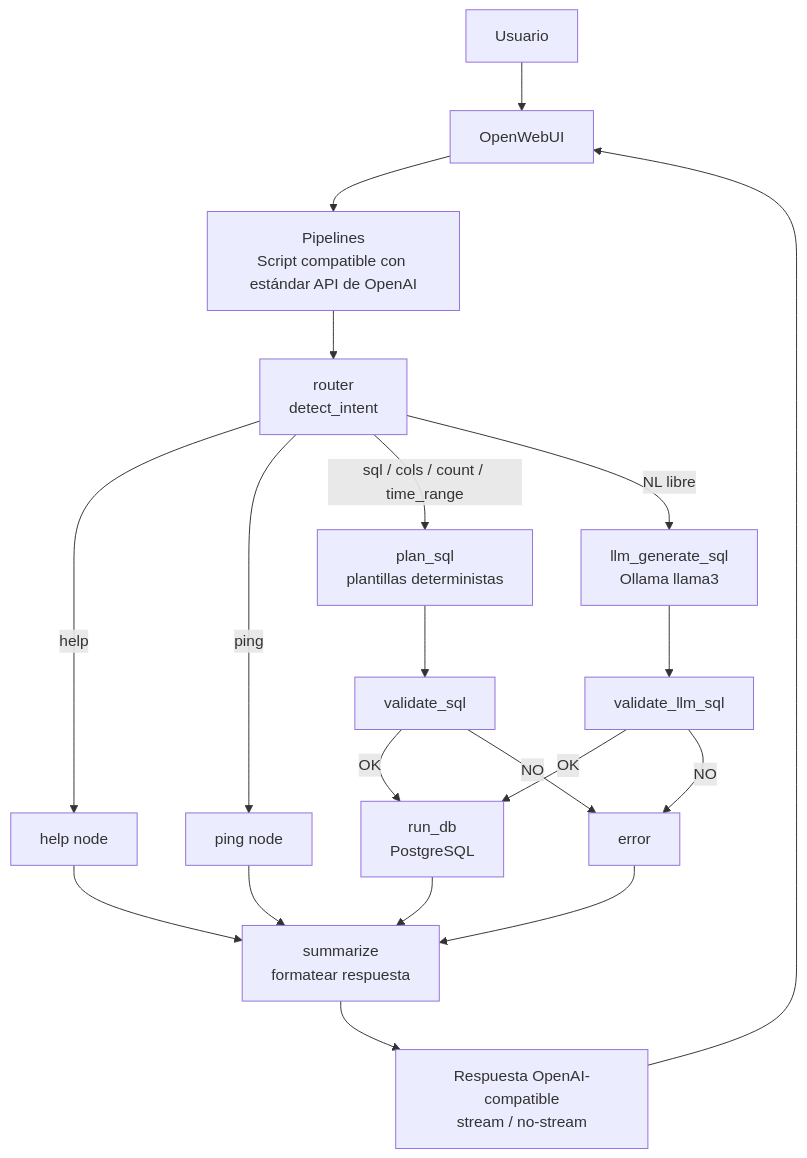
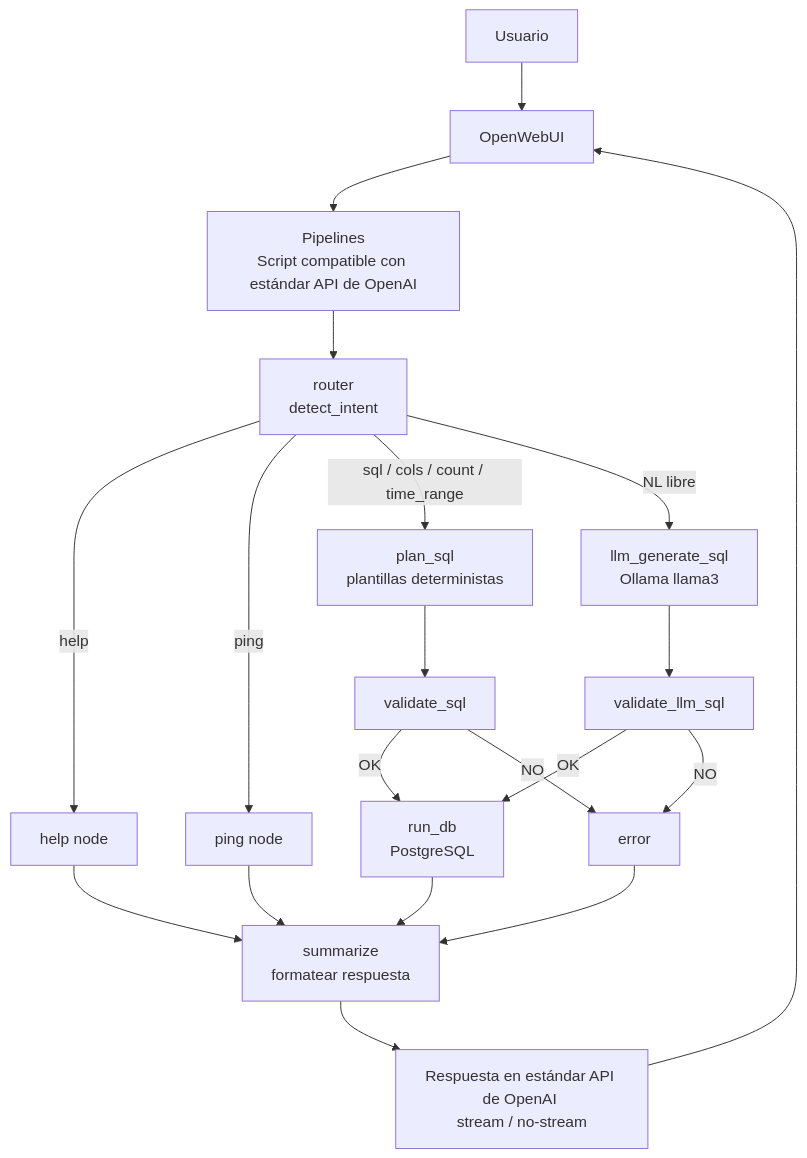
The diagram in TFM/Pipelines/enfoque_agenteunificado/readme.md (Ind50-UPM/2025-JP-GENESIS), drawn with Mermaid before and after one commit.

````diff
--- a/TFM/Pipelines/enfoque_agenteunificado/readme.md
+++ b/TFM/Pipelines/enfoque_agenteunificado/readme.md
@@ -161,33 +161,33 @@
 ```mermaid
 flowchart TD
 U[Usuario] --> OW[OpenWebUI]
   OW --> P[Pipelines<br/>Script compatible con estándar API de OpenAI]
 
   P --> router[router<br/>detect_intent]
 
   %% Ramas iniciales
   router -->|help| help[help node]
   router -->|ping| ping[ping node]
 
   router -->|sql / cols / count / time_range| plan_sql[plan_sql<br/>plantillas deterministas]
   router -->|NL libre| llm_generate_sql[llm_generate_sql<br/>Ollama llama3]
 
   %% Ruta determinista
   plan_sql --> validate_sql_det[validate_sql]
   validate_sql_det -->|OK| run_db[run_db<br/>PostgreSQL]
   validate_sql_det -->|NO| error[error]
 
   %% Ruta LLM
   llm_generate_sql --> validate_sql_llm[validate_llm_sql]
   validate_sql_llm -->|OK| run_db
   validate_sql_llm -->|NO| error
 
   %% Común
   run_db --> summarize[summarize<br/>formatear respuesta]
   help --> summarize
   ping --> summarize
   error --> summarize
 
-  summarize --> OUT[Respuesta OpenAI-compatible<br/>stream / no-stream]
+  summarize --> OUT[Respuesta en estándar API de OpenAI <br/>stream / no-stream]
   OUT --> OW
 ```
````
